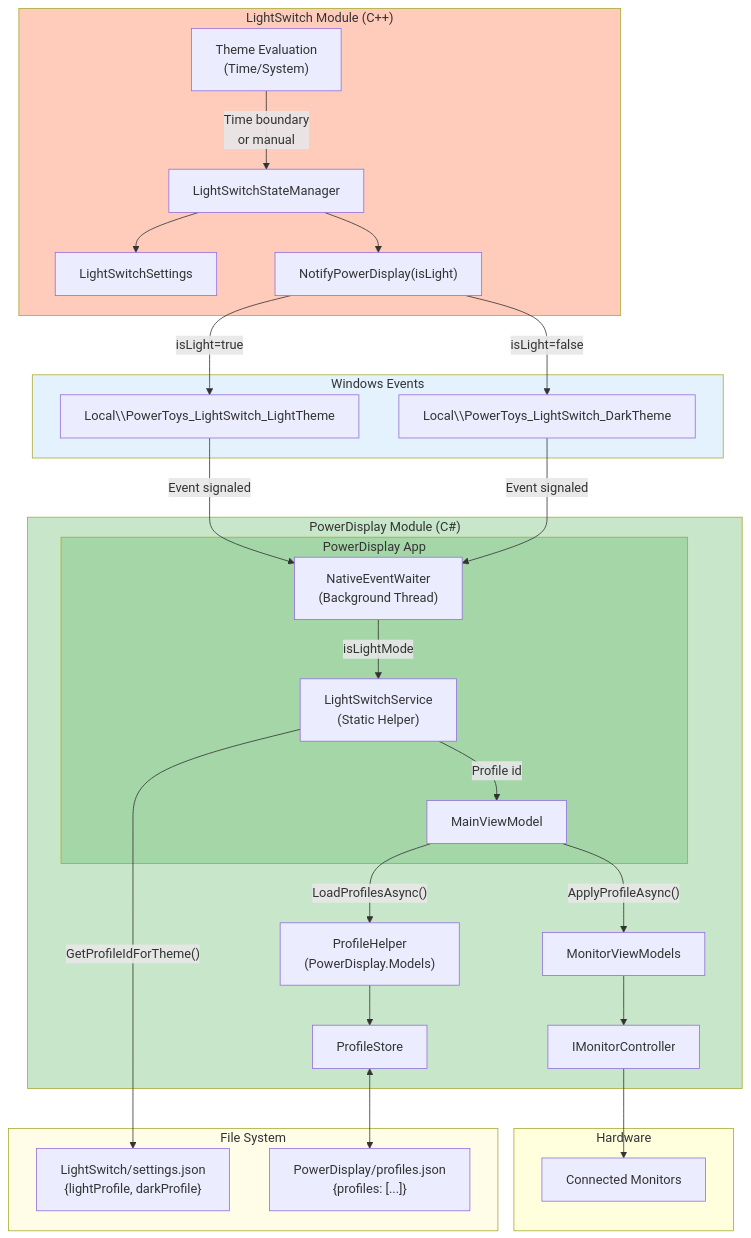
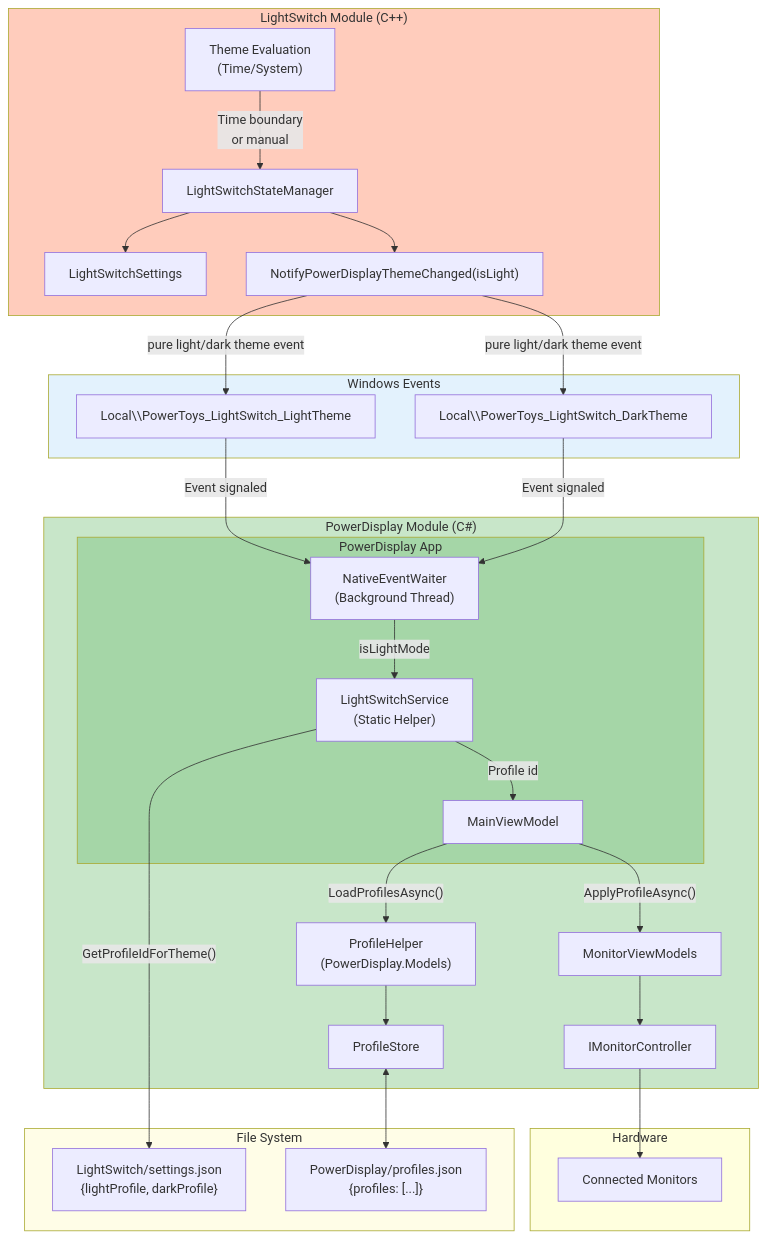
Before and after one commit to microsoft/PowerToys: diagram 13 of 23 in doc/devdocs/modules/powerdisplay/design.md, drawn with Mermaid. The commit also changed other lines of this file, not shown here.

Commit message:
docs: describe LightSwitch theme event ownership
Copilot-Session: ae39664b-7f6e-4f96-9a6d-c88f98a4070a

````diff
--- a/doc/devdocs/modules/powerdisplay/design.md
+++ b/doc/devdocs/modules/powerdisplay/design.md
@@ -1082,62 +1082,62 @@
 ```mermaid
 flowchart TB
     subgraph LightSwitchModule["LightSwitch Module (C++)"]
         StateManager["LightSwitchStateManager"]
         ThemeEval["Theme Evaluation<br/>(Time/System)"]
         LightSwitchSettings["LightSwitchSettings"]
-        NotifyPD["NotifyPowerDisplay(isLight)"]
+        NotifyPD["NotifyPowerDisplayThemeChanged(isLight)"]
     end
 
     subgraph PowerDisplayModule["PowerDisplay Module (C#)"]
         subgraph App["PowerDisplay App"]
             EventWaiter["NativeEventWaiter<br/>(Background Thread)"]
             LightSwitchSvc["LightSwitchService<br/>(Static Helper)"]
             MainViewModel["MainViewModel"]
         end
 
         ProfileHelper["ProfileHelper<br/>(PowerDisplay.Models)"]
         ProfileStore["ProfileStore"]
         MonitorVMs["MonitorViewModels"]
         Controllers["IMonitorController"]
     end
 
     subgraph WindowsEvents["Windows Events"]
         LightEvent["Local\\PowerToys_LightSwitch_LightTheme"]
         DarkEvent["Local\\PowerToys_LightSwitch_DarkTheme"]
     end
 
     subgraph FileSystem["File System"]
         LSSettingsJson["LightSwitch/settings.json<br/>{lightProfile, darkProfile}"]
         PDProfilesJson["PowerDisplay/profiles.json<br/>{profiles: [...]}"]
     end
 
     subgraph Hardware["Hardware"]
         Monitors["Connected Monitors"]
     end
 
     %% LightSwitch flow
     ThemeEval -->|"Time boundary<br/>or manual"| StateManager
     StateManager --> LightSwitchSettings
     StateManager --> NotifyPD
-    NotifyPD -->|"isLight=true"| LightEvent
-    NotifyPD -->|"isLight=false"| DarkEvent
+    NotifyPD -->|"pure light/dark theme event"| LightEvent
+    NotifyPD -->|"pure light/dark theme event"| DarkEvent
 
     %% PowerDisplay flow - theme determined from event
     LightEvent -->|"Event signaled"| EventWaiter
     DarkEvent -->|"Event signaled"| EventWaiter
     EventWaiter -->|"isLightMode"| LightSwitchSvc
     LightSwitchSvc -->|"GetProfileIdForTheme()"| LSSettingsJson
     LightSwitchSvc -->|"Profile id"| MainViewModel
     MainViewModel -->|"LoadProfilesAsync()"| ProfileHelper
     ProfileHelper --> ProfileStore
     ProfileStore <--> PDProfilesJson
     MainViewModel -->|"ApplyProfileAsync()"| MonitorVMs
     MonitorVMs --> Controllers
     Controllers --> Monitors
 
     style LightSwitchModule fill:#ffccbc
     style PowerDisplayModule fill:#c8e6c9
     style App fill:#a5d6a7
     style WindowsEvents fill:#e3f2fd
     style FileSystem fill:#fffde7
 ```
````
